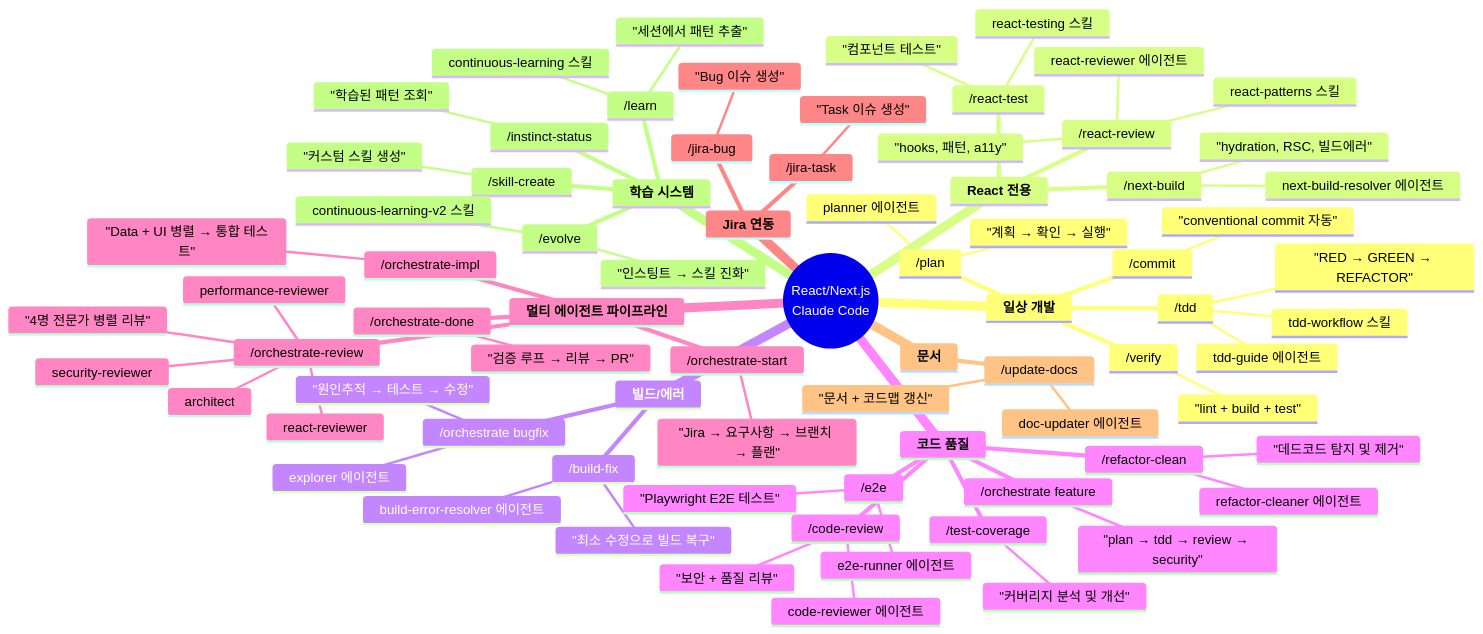
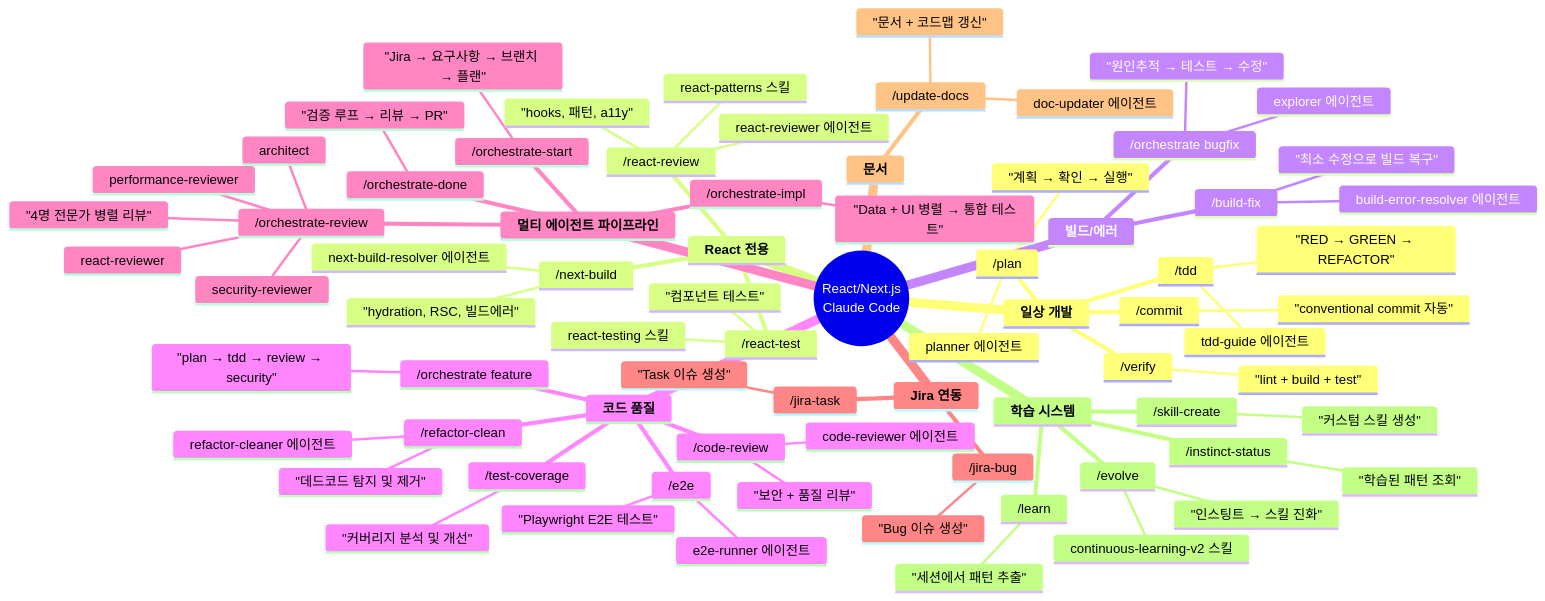
Before and after one commit to wooinwoo/claude-code: the first of 10 diagrams in docs/react-next-guide.md, drawn with Mermaid. The commit also changed other lines of this file and 9 other files, not shown here.

````diff
--- a/docs/react-next-guide.md
+++ b/docs/react-next-guide.md
@@ -5,81 +5,79 @@
 ```mermaid
 mindmap
   root((React/Next.js<br/>Claude Code))
     **일상 개발**
       /plan
         planner 에이전트
         "계획 → 확인 → 실행"
       /tdd
         tdd-guide 에이전트
-        tdd-workflow 스킬
         "RED → GREEN → REFACTOR"
       /commit
         "conventional commit 자동"
       /verify
         "lint + build + test"
     **React 전용**
       /react-review
         react-reviewer 에이전트
         react-patterns 스킬
         "hooks, 패턴, a11y"
       /react-test
         react-testing 스킬
         "컴포넌트 테스트"
       /next-build
         next-build-resolver 에이전트
         "hydration, RSC, 빌드에러"
     **빌드/에러**
       /build-fix
         build-error-resolver 에이전트
         "최소 수정으로 빌드 복구"
       /orchestrate bugfix
         explorer 에이전트
         "원인추적 → 테스트 → 수정"
     **코드 품질**
       /code-review
         code-reviewer 에이전트
         "보안 + 품질 리뷰"
       /orchestrate feature
         "plan → tdd → review → security"
       /refactor-clean
         refactor-cleaner 에이전트
         "데드코드 탐지 및 제거"
       /e2e
         e2e-runner 에이전트
         "Playwright E2E 테스트"
       /test-coverage
         "커버리지 분석 및 개선"
     **멀티 에이전트 파이프라인**
       /orchestrate-start
         "Jira → 요구사항 → 브랜치 → 플랜"
       /orchestrate-review
         "4명 전문가 병렬 리뷰"
         react-reviewer
         performance-reviewer
         security-reviewer
         architect
       /orchestrate-impl
         "Data + UI 병렬 → 통합 테스트"
       /orchestrate-done
         "검증 루프 → 리뷰 → PR"
     **Jira 연동**
       /jira-bug
         "Bug 이슈 생성"
       /jira-task
         "Task 이슈 생성"
     **문서**
       /update-docs
         doc-updater 에이전트
         "문서 + 코드맵 갱신"
     **학습 시스템**
       /learn
-        continuous-learning 스킬
         "세션에서 패턴 추출"
       /skill-create
         "커스텀 스킬 생성"
       /evolve
         continuous-learning-v2 스킬
         "인스팅트 → 스킬 진화"
       /instinct-status
         "학습된 패턴 조회"
 ```
````
